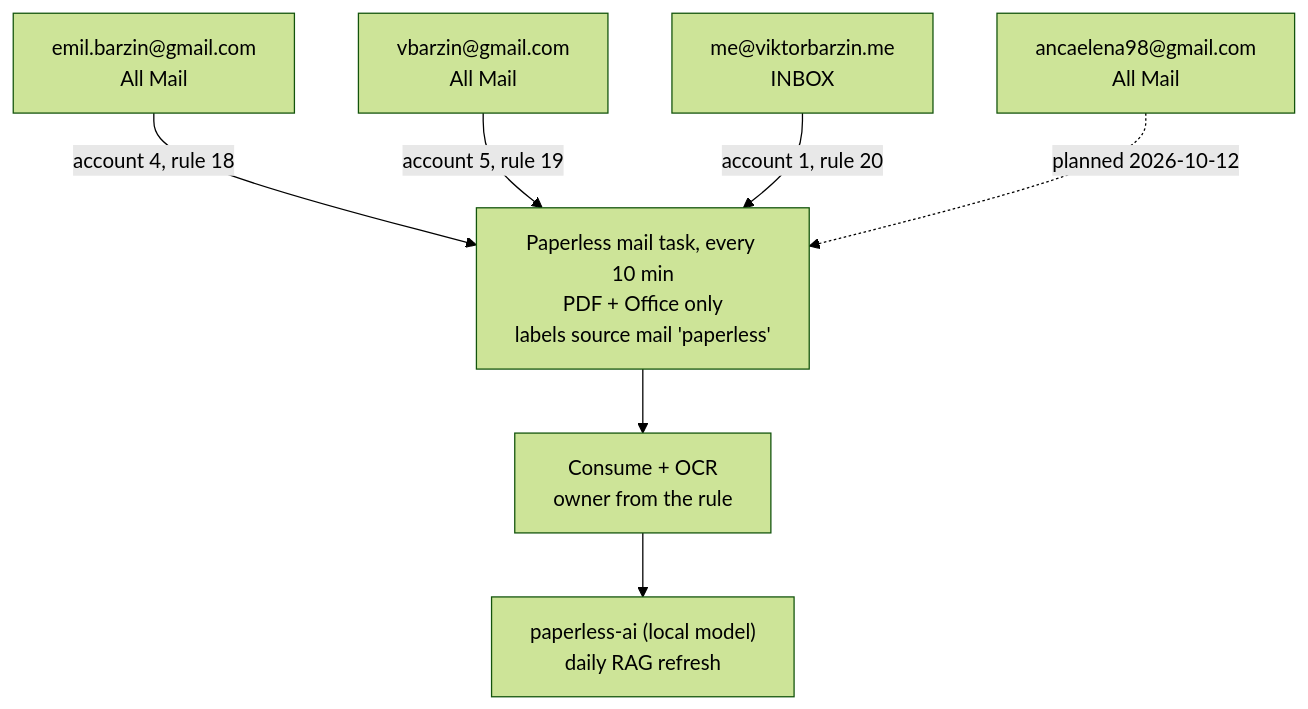
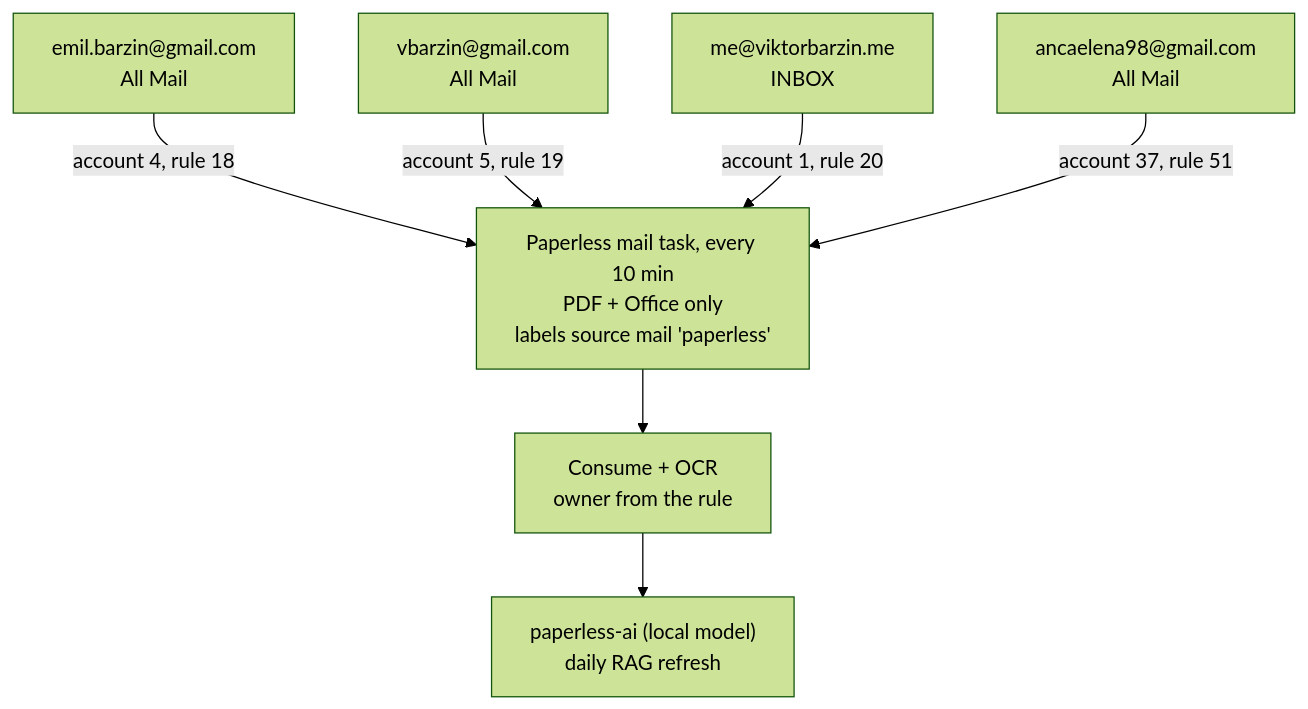
One commit to ViktorBarzin/infra changed the diagram in docs/adr/0029-paperless-polls-mailboxes-directly.md. Above: the diagram before and after it, drawn with Mermaid (forest theme). The commit also changed other lines of this file and 2 other files, not shown here.

First line of the commit message:
paperless docs: Anca's Gmail mailbox poll is live (account 37, rule 51)

````diff
--- a/docs/adr/0029-paperless-polls-mailboxes-directly.md
+++ b/docs/adr/0029-paperless-polls-mailboxes-directly.md
@@ -52,9 +52,9 @@
 ```mermaid
 flowchart TD
   EG["emil.barzin@gmail.com<br/>All Mail"] -->|"account 4, rule 18"| P
   VG["vbarzin@gmail.com<br/>All Mail"] -->|"account 5, rule 19"| P
   ME["me@viktorbarzin.me<br/>INBOX"] -->|"account 1, rule 20"| P
-  AG["ancaelena98@gmail.com<br/>All Mail"] -.->|"planned 2026-10-12"| P
+  AG["ancaelena98@gmail.com<br/>All Mail"] -->|"account 37, rule 51"| P
   P["Paperless mail task, every 10 min<br/>PDF + Office only<br/>labels source mail 'paperless'"] --> C["Consume + OCR<br/>owner from the rule"]
   C --> AI["paperless-ai (local model)<br/>daily RAG refresh"]
 ```
````
